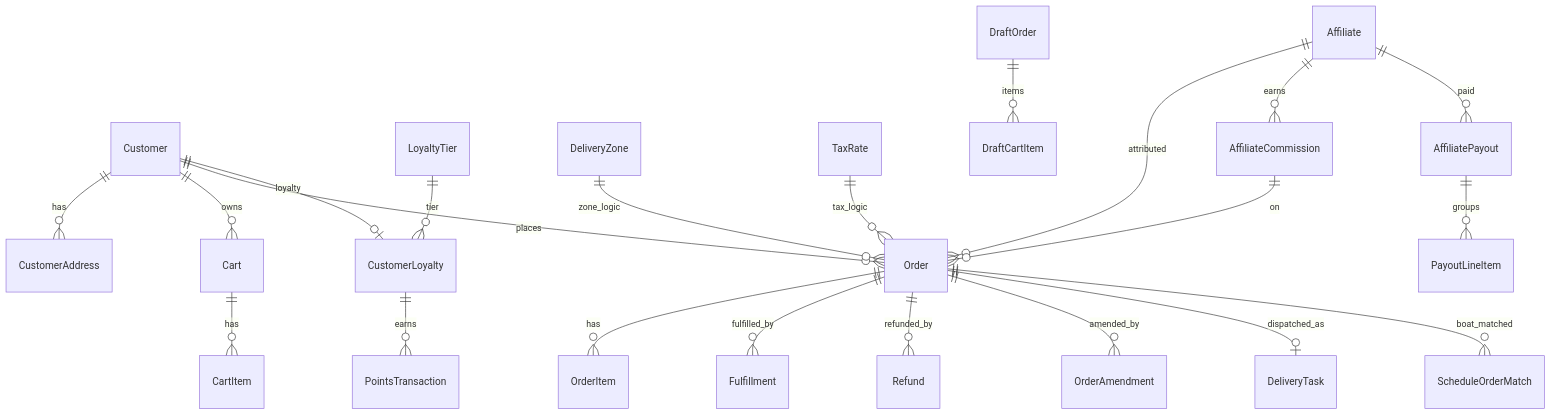
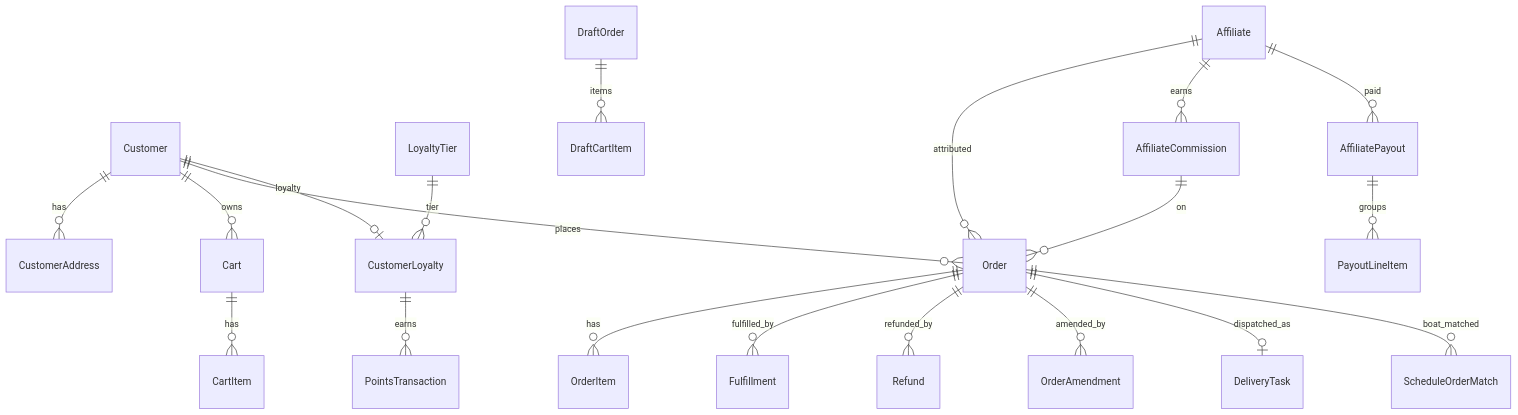
The second of 3 diagrams in codebase-docs/05-data-model.md (allan-cmyk/PartyOn2), drawn with Mermaid before and after one commit. The commit also changed other lines of this file and 6 other files, not shown here.

````diff
--- a/codebase-docs/05-data-model.md
+++ b/codebase-docs/05-data-model.md
@@ -120,24 +124,23 @@
 ```mermaid
 erDiagram
   Customer ||--o{ CustomerAddress : has
   Customer ||--o{ Cart : owns
   Customer ||--o{ Order : places
   Customer ||--o| CustomerLoyalty : loyalty
   LoyaltyTier ||--o{ CustomerLoyalty : tier
   CustomerLoyalty ||--o{ PointsTransaction : earns
   Cart ||--o{ CartItem : has
   Order ||--o{ OrderItem : has
   Order ||--o{ Fulfillment : fulfilled_by
   Order ||--o{ Refund : refunded_by
   Order ||--o{ OrderAmendment : amended_by
   Order ||--o| DeliveryTask : dispatched_as
   Order ||--o{ ScheduleOrderMatch : boat_matched
-  DeliveryZone ||--o{ Order : "zone_logic"
-  TaxRate ||--o{ Order : "tax_logic"
   DraftOrder ||--o{ DraftCartItem : items
   Affiliate ||--o{ Order : attributed
+  %% DeliveryZone and TaxRate removed 2026-04-23 — runtime uses hardcoded TS tables.
   Affiliate ||--o{ AffiliateCommission : earns
   AffiliateCommission ||--o{ Order : on
   AffiliatePayout ||--o{ PayoutLineItem : groups
   Affiliate ||--o{ AffiliatePayout : paid
 ```
````
